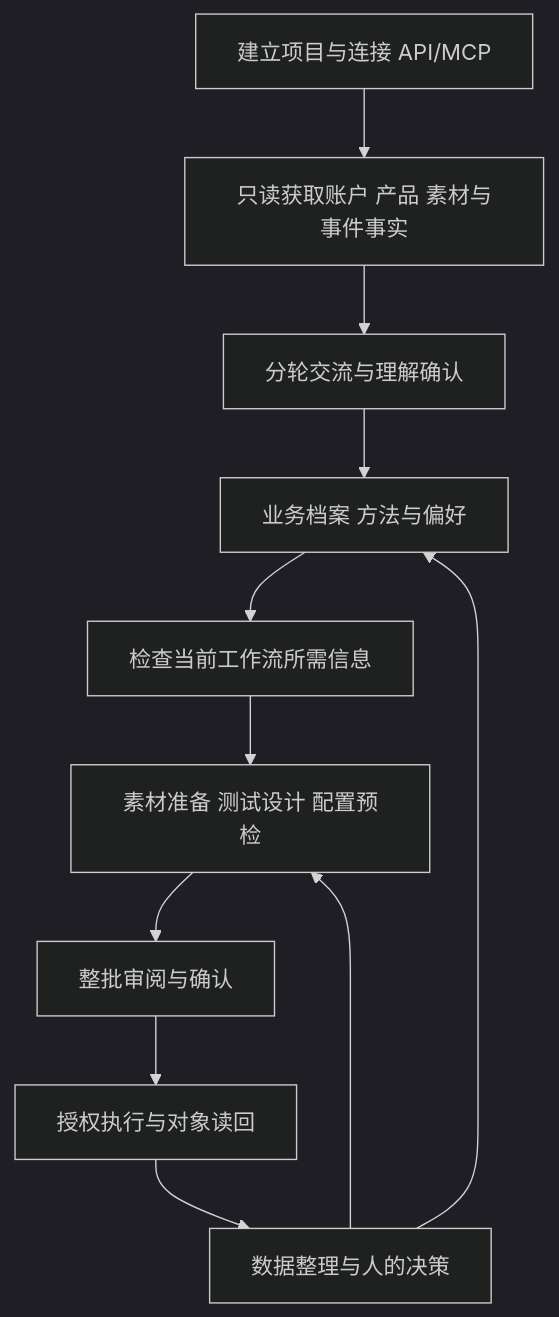
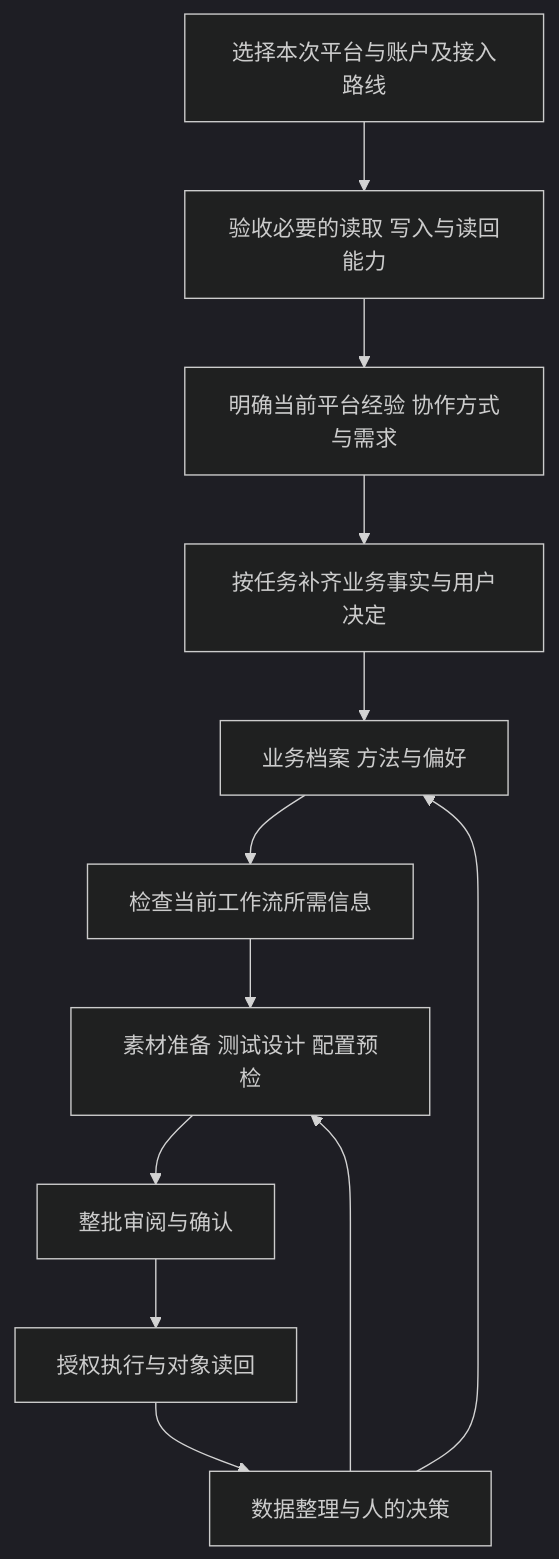
The diagram in docs/product.md (creator2000212-crypto/ad-ops-agent), drawn with Mermaid (dark theme) before and after one commit. The commit also changed other lines of this file and 20 other files, not shown here.

````diff
--- a/docs/product.md
+++ b/docs/product.md
@@ -35,13 +35,14 @@
 ```mermaid
 flowchart TD
-    A["建立项目与连接 API/MCP"] --> B["只读获取账户 产品 素材与事件事实"]
-    B --> C["分轮交流与理解确认"]
+    A["选择本次平台与账户及接入路线"] --> B["验收必要的读取 写入与读回能力"]
+    B --> C0["明确当前平台经验 协作方式与需求"]
+    C0 --> C["按任务补齐业务事实与用户决定"]
     C --> D["业务档案 方法与偏好"]
     D --> E["检查当前工作流所需信息"]
     E --> F["素材准备 测试设计 配置预检"]
     F --> G["整批审阅与确认"]
     G --> H["授权执行与对象读回"]
     H --> I["数据整理与人的决策"]
     I --> F
     I --> D
 ```
````
